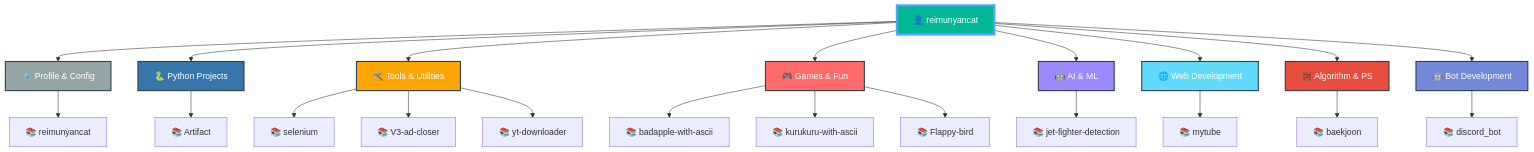
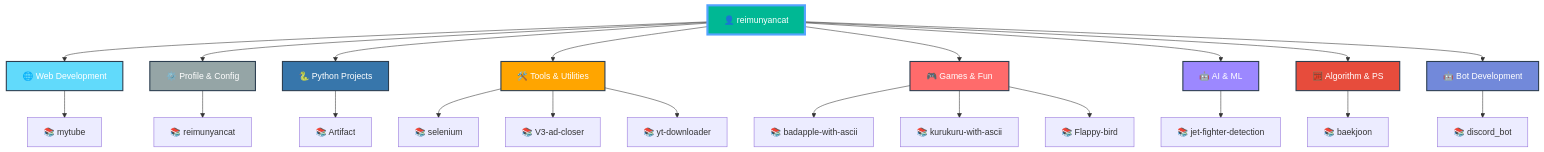
Before and after one commit to reimunyancat/reimunyancat: the diagram in README.md, drawn with Mermaid. The commit also changed other lines of this file, not shown here.

Commit message:
🤖 Auto-update README with latest repositories

````diff
--- a/README.md
+++ b/README.md
@@ -159,42 +159,42 @@
 ```mermaid
 graph TD
   A[👤 reimunyancat]
 
-  A --> CAT0[⚙️ Profile & Config]
-  CAT0 --> CAT0_0[📚 reimunyancat]
+  A --> CAT0[🌐 Web Development]
+  CAT0 --> CAT0_0[📚 mytube]
 
-  A --> CAT1[🐍 Python Projects]
-  CAT1 --> CAT1_0[📚 Artifact]
+  A --> CAT1[⚙️ Profile & Config]
+  CAT1 --> CAT1_0[📚 reimunyancat]
 
-  A --> CAT2[🛠️ Tools & Utilities]
-  CAT2 --> CAT2_0[📚 selenium]
-  CAT2 --> CAT2_1[📚 V3-ad-closer]
-  CAT2 --> CAT2_2[📚 yt-downloader]
+  A --> CAT2[🐍 Python Projects]
+  CAT2 --> CAT2_0[📚 Artifact]
 
-  A --> CAT3[🎮 Games & Fun]
-  CAT3 --> CAT3_0[📚 badapple-with-ascii]
-  CAT3 --> CAT3_1[📚 kurukuru-with-ascii]
-  CAT3 --> CAT3_2[📚 Flappy-bird]
+  A --> CAT3[🛠️ Tools & Utilities]
+  CAT3 --> CAT3_0[📚 selenium]
+  CAT3 --> CAT3_1[📚 V3-ad-closer]
+  CAT3 --> CAT3_2[📚 yt-downloader]
 
-  A --> CAT4[🤖 AI & ML]
-  CAT4 --> CAT4_0[📚 jet-fighter-detection]
+  A --> CAT4[🎮 Games & Fun]
+  CAT4 --> CAT4_0[📚 badapple-with-ascii]
+  CAT4 --> CAT4_1[📚 kurukuru-with-ascii]
+  CAT4 --> CAT4_2[📚 Flappy-bird]
 
-  A --> CAT5[🌐 Web Development]
-  CAT5 --> CAT5_0[📚 mytube]
+  A --> CAT5[🤖 AI & ML]
+  CAT5 --> CAT5_0[📚 jet-fighter-detection]
 
   A --> CAT6[🧮 Algorithm & PS]
   CAT6 --> CAT6_0[📚 baekjoon]
 
   A --> CAT7[🤖 Bot Development]
   CAT7 --> CAT7_0[📚 discord_bot]
 
   style A fill:#00b894,stroke:#55a3ff,stroke-width:4px,color:#fff
-  style CAT0 fill:#95a5a6,stroke:#2c3e50,stroke-width:2px,color:#fff
-  style CAT1 fill:#3776ab,stroke:#2c3e50,stroke-width:2px,color:#fff
-  style CAT2 fill:#ffa500,stroke:#2c3e50,stroke-width:2px,color:#fff
-  style CAT3 fill:#ff6b6b,stroke:#2c3e50,stroke-width:2px,color:#fff
-  style CAT4 fill:#9c88ff,stroke:#2c3e50,stroke-width:2px,color:#fff
-  style CAT5 fill:#61dafb,stroke:#2c3e50,stroke-width:2px,color:#fff
+  style CAT0 fill:#61dafb,stroke:#2c3e50,stroke-width:2px,color:#fff
+  style CAT1 fill:#95a5a6,stroke:#2c3e50,stroke-width:2px,color:#fff
+  style CAT2 fill:#3776ab,stroke:#2c3e50,stroke-width:2px,color:#fff
+  style CAT3 fill:#ffa500,stroke:#2c3e50,stroke-width:2px,color:#fff
+  style CAT4 fill:#ff6b6b,stroke:#2c3e50,stroke-width:2px,color:#fff
+  style CAT5 fill:#9c88ff,stroke:#2c3e50,stroke-width:2px,color:#fff
   style CAT6 fill:#e74c3c,stroke:#2c3e50,stroke-width:2px,color:#fff
   style CAT7 fill:#7289da,stroke:#2c3e50,stroke-width:2px,color:#fff
 ```
````
